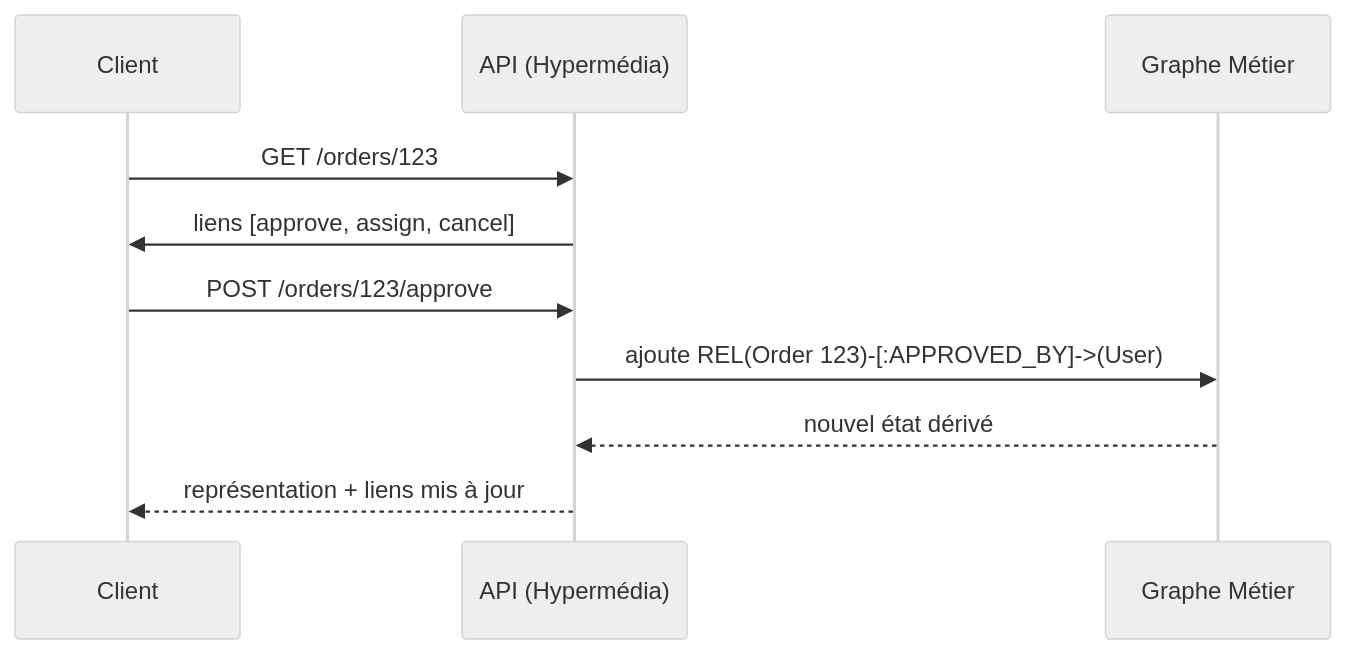
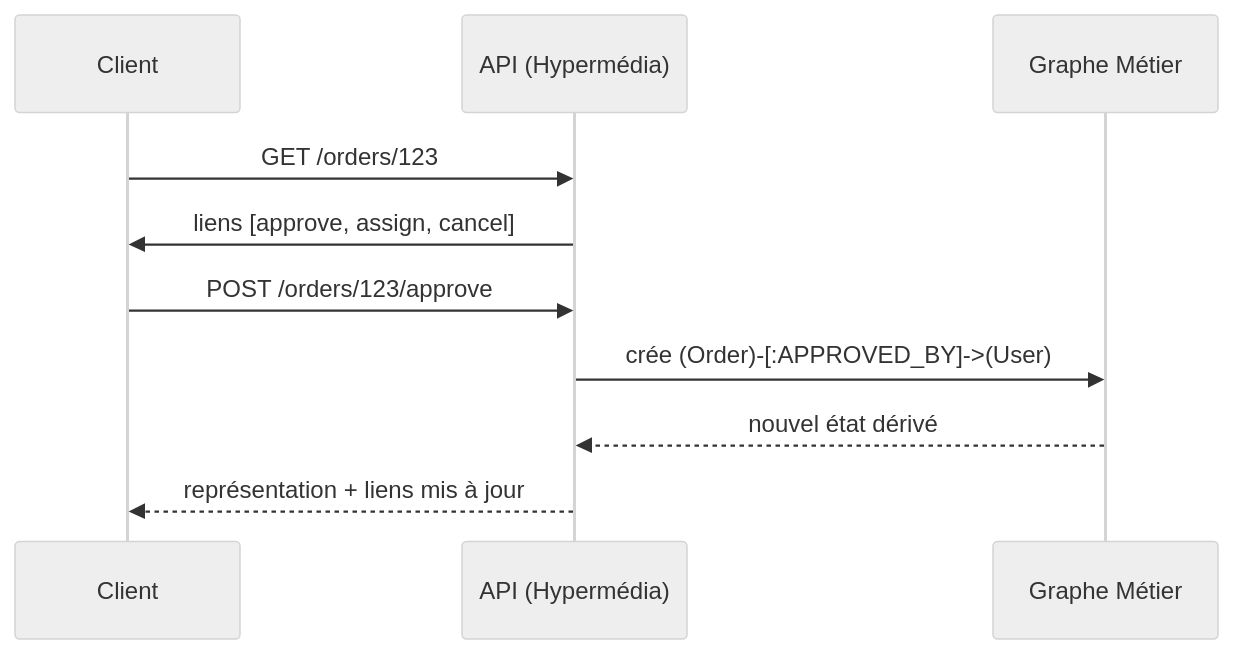
The third of 5 diagrams in _posts/2025-11-01-gdd.md (ng-galien/ng-galien.github.io), drawn with Mermaid (neutral theme) before and after one commit. The commit also changed other lines of this file, not shown here.

````diff
--- a/_posts/2025-11-01-gdd.md
+++ b/_posts/2025-11-01-gdd.md
@@ -232,12 +369,12 @@
 ```mermaid
 sequenceDiagram
   participant Client
   participant API as API (Hypermédia)
   participant Graph as Graphe Métier
   Client->>API: GET /orders/123
   API->>Client: liens [approve, assign, cancel]
   Client->>API: POST /orders/123/approve
-  API->>Graph: ajoute REL(Order 123)-[:APPROVED_BY]->(User)
+  API->>Graph: crée (Order)-[:APPROVED_BY]->(User)
   Graph-->>API: nouvel état dérivé
   API-->>Client: représentation + liens mis à jour
 ```
````
